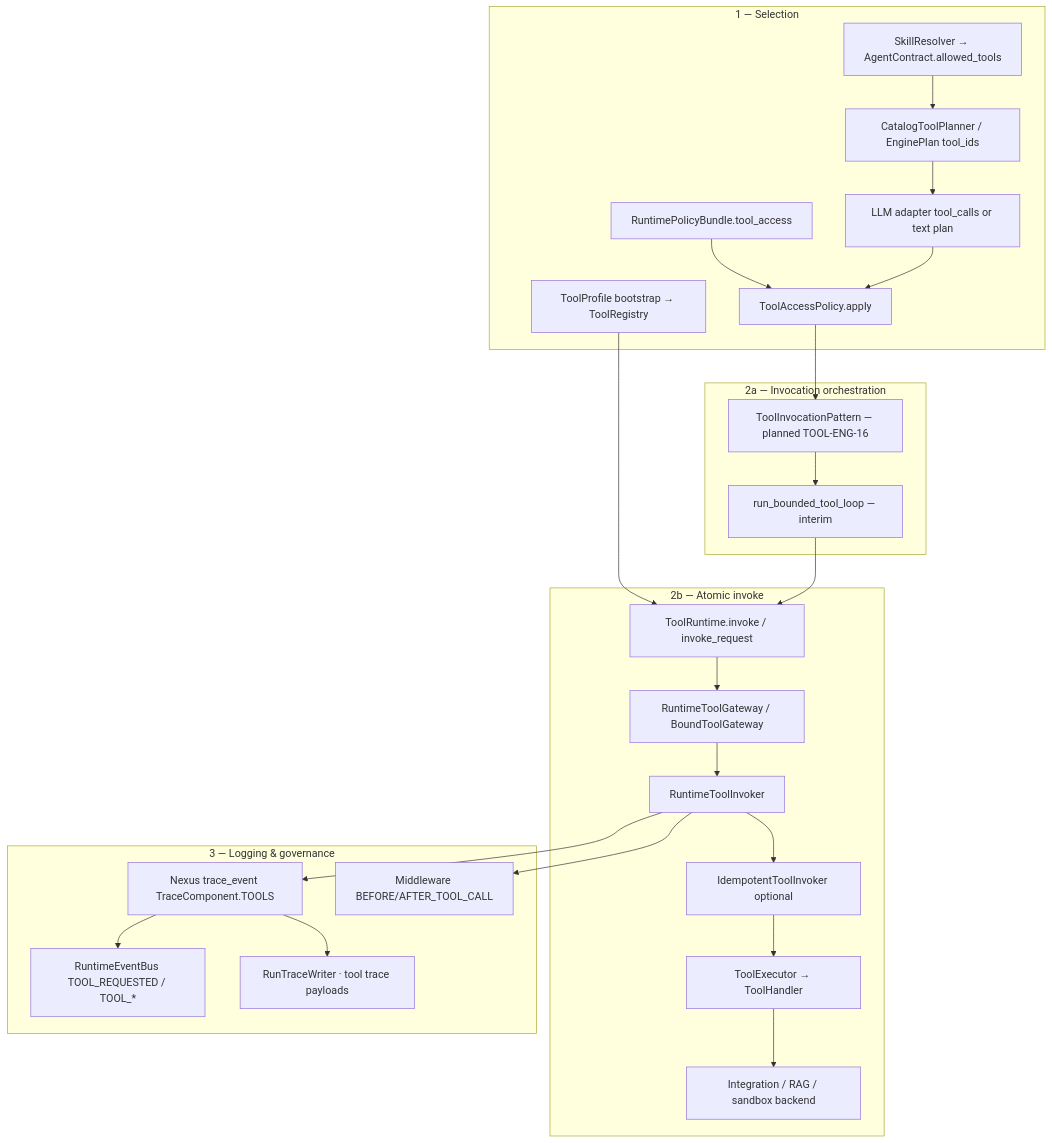
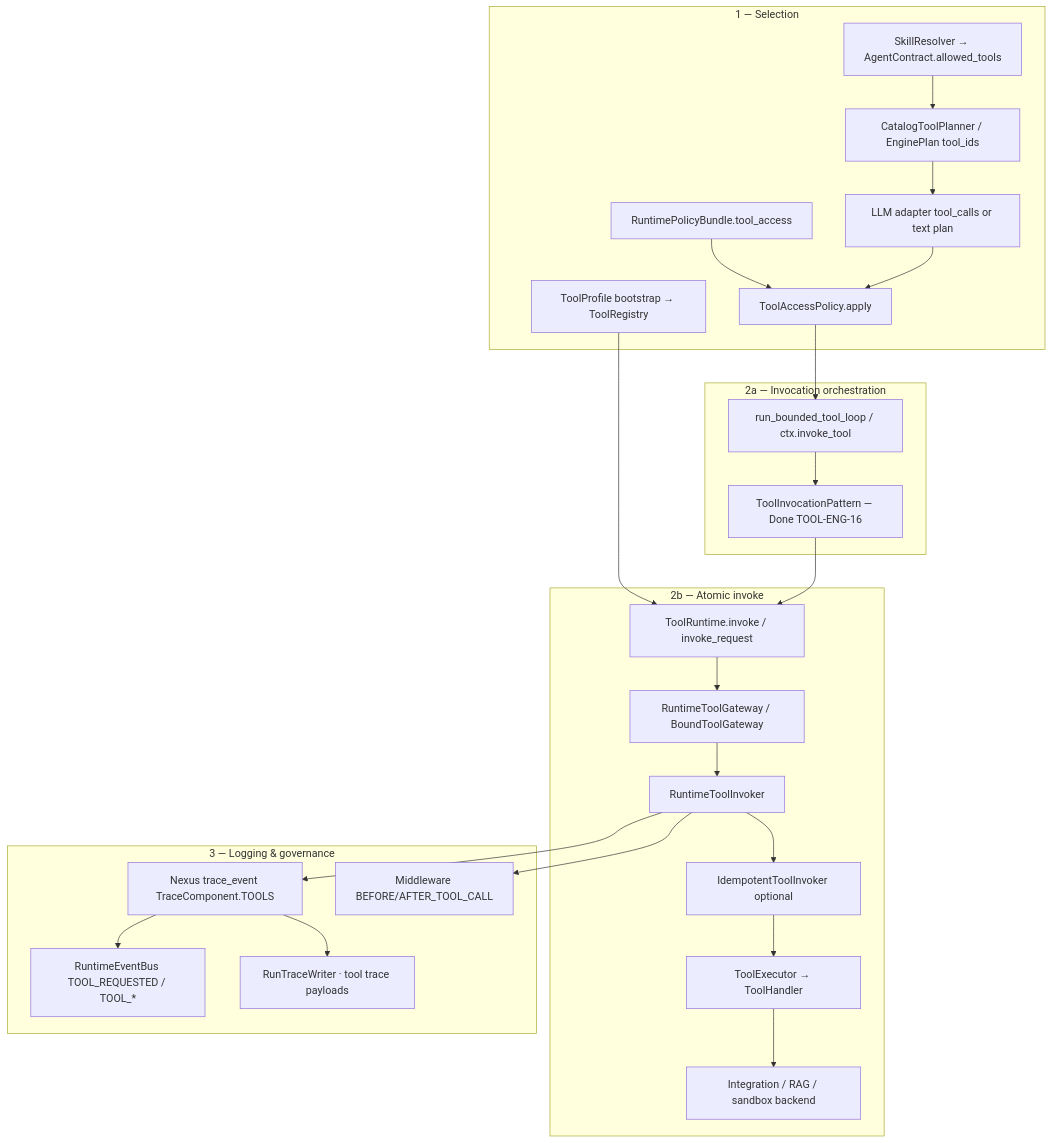
One commit to jakbuczarnecki/intergrax changed the first of 4 diagrams in docs/architecture/TOOLS.md. Above: the diagram before and after it, drawn with Mermaid. The commit also changed other lines of this file and 8 other files, not shown here.

Commit message:
sync: tools and nexus execution flow and reasoning

````diff
--- a/docs/architecture/TOOLS.md
+++ b/docs/architecture/TOOLS.md
@@ -161,43 +161,43 @@
 ```mermaid
 flowchart TD
     subgraph Select["1 — Selection"]
         TP[ToolProfile bootstrap → ToolRegistry]
         SK[SkillResolver → AgentContract.allowed_tools]
         PB[RuntimePolicyBundle.tool_access]
         CTP[CatalogToolPlanner / EnginePlan tool_ids]
         LLM[LLM adapter tool_calls or text plan]
         TAP[ToolAccessPolicy.apply]
     end
 
     subgraph Orchestrate["2a — Invocation orchestration"]
-        TIP[ToolInvocationPattern — planned TOOL-ENG-16]
-        TLB[run_bounded_tool_loop — interim]
+        RBL[run_bounded_tool_loop / ctx.invoke_tool]
+        TIP[ToolInvocationPattern — Done TOOL-ENG-16]
     end
 
     subgraph Invoke["2b — Atomic invoke"]
         TR[ToolRuntime.invoke / invoke_request]
         GW[RuntimeToolGateway / BoundToolGateway]
         RTI[RuntimeToolInvoker]
         IID[IdempotentToolInvoker optional]
         EX[ToolExecutor → ToolHandler]
         BE[Integration / RAG / sandbox backend]
     end
 
     subgraph Log["3 — Logging & governance"]
         TE[Nexus trace_event TraceComponent.TOOLS]
         EVT[RuntimeEventBus TOOL_REQUESTED / TOOL_*]
         MW[Middleware BEFORE/AFTER_TOOL_CALL]
         TRW[RunTraceWriter · tool trace payloads]
     end
 
     TP --> TR
     SK --> CTP
     PB --> TAP
-    CTP --> LLM --> TAP --> TIP
-    TIP --> TLB
-    TLB --> TR
+    CTP --> LLM --> TAP --> RBL
+    RBL --> TIP
+    TIP --> TR
     TR --> GW --> RTI --> IID --> EX --> BE
     RTI --> TE --> EVT
     RTI --> MW
     TE --> TRW
 ```
````
